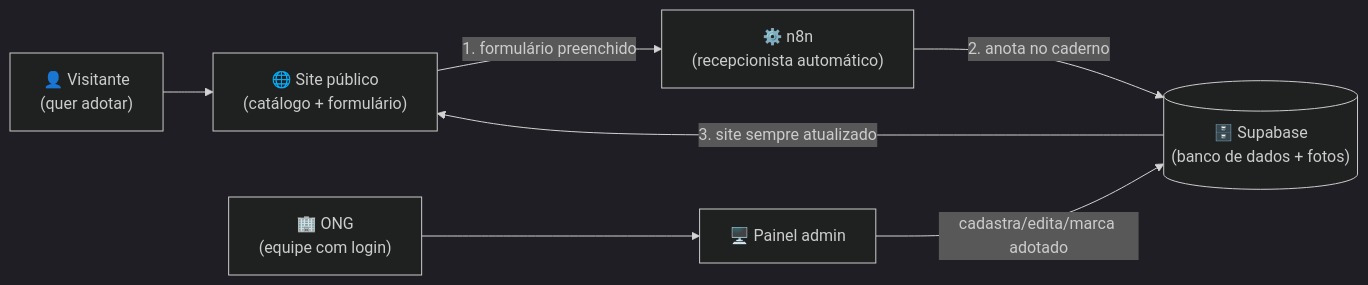
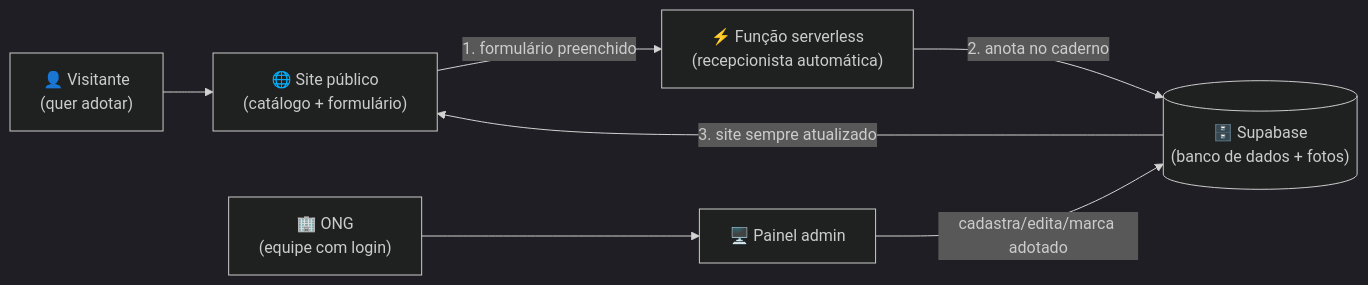
Before and after one commit to johnsalviano/adota-patos: the diagram in docs/DOCUMENTACAO.md, drawn with Mermaid (dark theme). The commit also changed other lines of this file and 4 other files, not shown here.

````diff
--- a/docs/DOCUMENTACAO.md
+++ b/docs/DOCUMENTACAO.md
@@ -99,9 +99,9 @@
 ```mermaid
 flowchart LR
     V["👤 Visitante<br>(quer adotar)"] --> S["🌐 Site público<br>(catálogo + formulário)"]
-    S -- "1. formulário preenchido" --> N["⚙️ n8n<br>(recepcionista automático)"]
-    N -- "2. anota no caderno" --> DB[("🗄️ Supabase<br>(banco de dados + fotos)")]
+    S -- "1. formulário preenchido" --> F["⚡ Função serverless<br>(recepcionista automática)"]
+    F -- "2. anota no caderno" --> DB[("🗄️ Supabase<br>(banco de dados + fotos)")]
     O["🏢 ONG<br>(equipe com login)"] --> P["🖥️ Painel admin"]
     P -- "cadastra/edita/marca adotado" --> DB
     DB -- "3. site sempre atualizado" --> S
 ```
````
